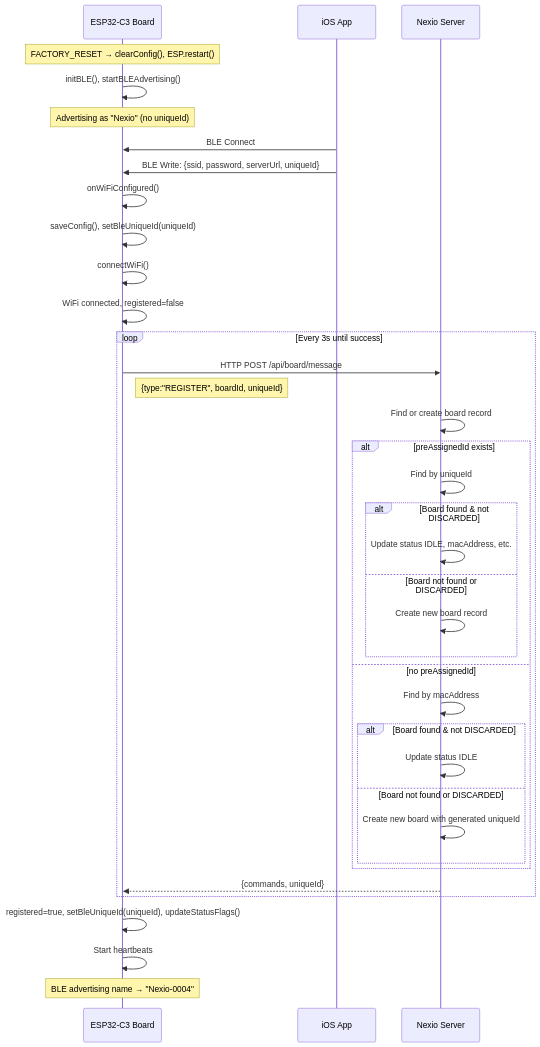
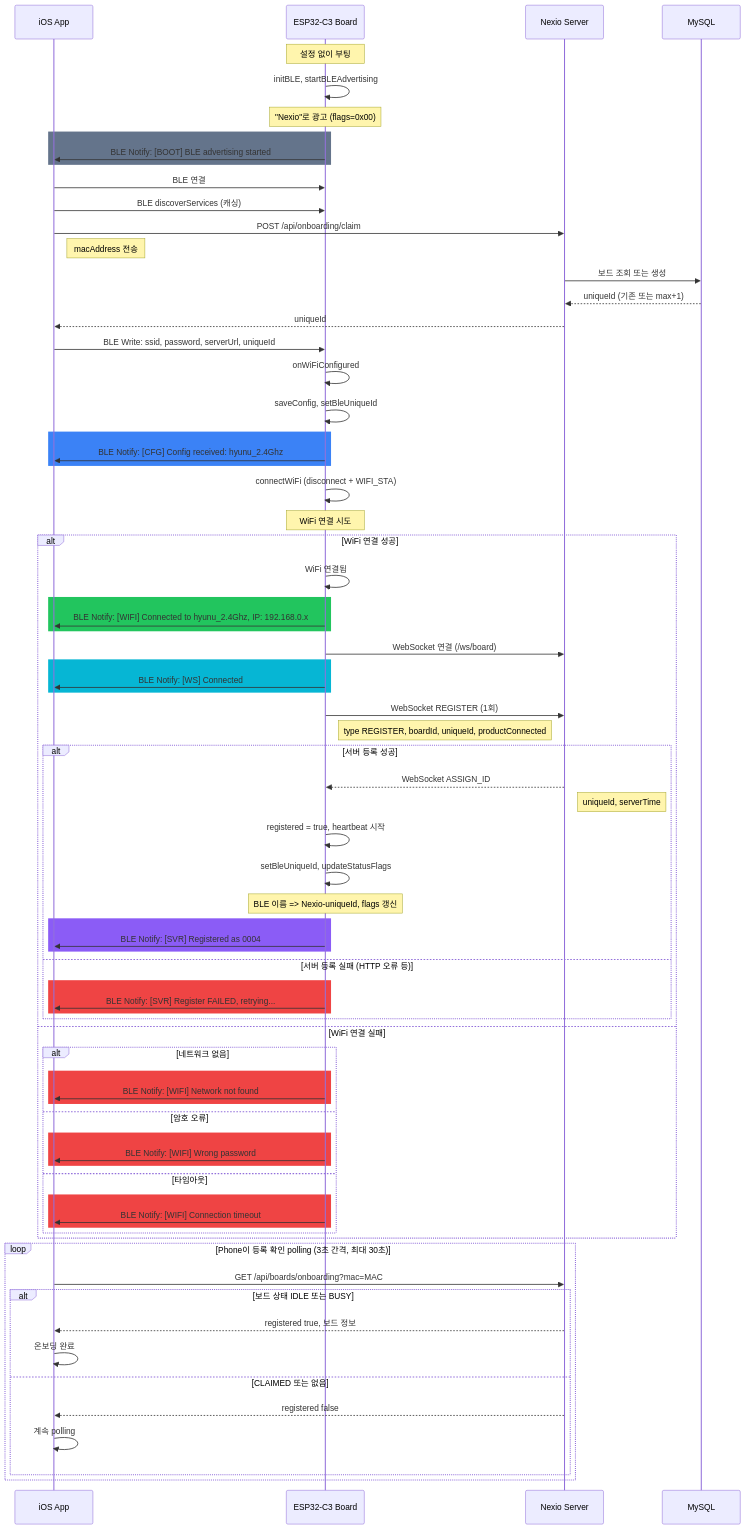
The first of 9 diagrams in docs/communication-sequence.md (hyunu/nexio), drawn with Mermaid before and after one commit. The commit also changed other lines of this file and 19 other files, not shown here.

````diff
--- a/docs/communication-sequence.md
+++ b/docs/communication-sequence.md
@@ -5,44 +22,95 @@
 ```mermaid
 sequenceDiagram
+    participant Phone as iOS App
     participant Board as ESP32-C3 Board
-    participant iPhone as iOS App
     participant Server as Nexio Server
+    participant DB as MySQL
 
-    Note over Board: FACTORY_RESET → clearConfig(), ESP.restart()
-    Board->>Board: initBLE(), startBLEAdvertising()
-    Note over Board: Advertising as "Nexio" (no uniqueId)
+    Note over Board: 설정 없이 부팅
+    Board->>Board: initBLE, startBLEAdvertising
+    Note over Board: "Nexio"로 광고 (flags=0x00)
 
-    iPhone->>Board: BLE Connect
-    iPhone->>Board: BLE Write: {ssid, password, serverUrl, uniqueId}
-    Board->>Board: onWiFiConfigured()
-    Board->>Board: saveConfig(), setBleUniqueId(uniqueId)
-    Board->>Board: connectWiFi()
+    rect rgb(100, 116, 139)
+        Board->>Phone: BLE Notify: [BOOT] BLE advertising started
+    end
 
-    Board->>Board: WiFi connected, registered=false
+    Phone->>Board: BLE 연결
+    Phone->>Board: BLE discoverServices (캐싱)
 
-    loop Every 3s until success
-        Board->>Server: HTTP POST /api/board/message
-        Note right of Board: {type:"REGISTER", boardId, uniqueId}
-        Server->>Server: Find or create board record
-        alt preAssignedId exists
-            Server->>Server: Find by uniqueId
-            alt Board found & not DISCARDED
-                Server->>Server: Update status IDLE, macAddress, etc.
-            else Board not found or DISCARDED
-                Server->>Server: Create new board record
+    Phone->>Server: POST /api/onboarding/claim
+    Note right of Phone: macAddress 전송
+    Server->>DB: 보드 조회 또는 생성
+    DB-->>Server: uniqueId (기존 또는 max+1)
+    Server-->>Phone: uniqueId
+
+    Phone->>Board: BLE Write: ssid, password, serverUrl, uniqueId
+    Board->>Board: onWiFiConfigured
+    Board->>Board: saveConfig, setBleUniqueId
+
+    rect rgb(59, 130, 246)
+        Board->>Phone: BLE Notify: [CFG] Config received: hyunu_2.4Ghz
+    end
+
+    Board->>Board: connectWiFi (disconnect + WIFI_STA)
+
+    Note over Board: WiFi 연결 시도
+
+    alt WiFi 연결 성공
+        Board->>Board: WiFi 연결됨
+        rect rgb(34, 197, 94)
+            Board->>Phone: BLE Notify: [WIFI] Connected to hyunu_2.4Ghz, IP: 192.168.0.x
+        end
+
+        Board->>Server: WebSocket 연결 (/ws/board)
+
+        rect rgb(6, 182, 212)
+            Board->>Phone: BLE Notify: [WS] Connected
+        end
+
+        Board->>Server: WebSocket REGISTER (1회)
+        Note right of Board: type REGISTER, boardId, uniqueId, productConnected
+
+        alt 서버 등록 성공
+            Server-->>Board: WebSocket ASSIGN_ID
+            Note right of Server: uniqueId, serverTime
+            Board->>Board: registered = true, heartbeat 시작
+            Board->>Board: setBleUniqueId, updateStatusFlags
+            Note over Board: BLE 이름 => Nexio-uniqueId, flags 갱신
+
+            rect rgb(139, 92, 246)
+                Board->>Phone: BLE Notify: [SVR] Registered as 0004
             end
-        else no preAssignedId
-            Server->>Server: Find by macAddress
-            alt Board found & not DISCARDED
-                Server->>Server: Update status IDLE
-            else Board not found or DISCARDED
-                Server->>Server: Create new board with generated uniqueId
+
+        else 서버 등록 실패 (HTTP 오류 등)
+            rect rgb(239, 68, 68)
+                Board->>Phone: BLE Notify: [SVR] Register FAILED, retrying...
             end
         end
-        Server-->>Board: {commands, uniqueId}
+
+    else WiFi 연결 실패
+        alt 네트워크 없음
+            rect rgb(239, 68, 68)
+                Board->>Phone: BLE Notify: [WIFI] Network not found
+            end
+        else 암호 오류
+            rect rgb(239, 68, 68)
+                Board->>Phone: BLE Notify: [WIFI] Wrong password
+            end
+        else 타임아웃
+            rect rgb(239, 68, 68)
+                Board->>Phone: BLE Notify: [WIFI] Connection timeout
+            end
+        end
     end
 
-    Board->>Board: registered=true, setBleUniqueId(uniqueId), updateStatusFlags()
-    Board->>Board: Start heartbeats
-    Note over Board: BLE advertising name → "Nexio-0004"
+    loop Phone이 등록 확인 polling (3초 간격, 최대 30초)
+        Phone->>Server: GET /api/boards/onboarding?mac=MAC
+        alt 보드 상태 IDLE 또는 BUSY
+            Server-->>Phone: registered true, 보드 정보
+            Phone->>Phone: 온보딩 완료
+        else CLAIMED 또는 없음
+            Server-->>Phone: registered false
+            Phone->>Phone: 계속 polling
+        end
+    end
 ```
````
